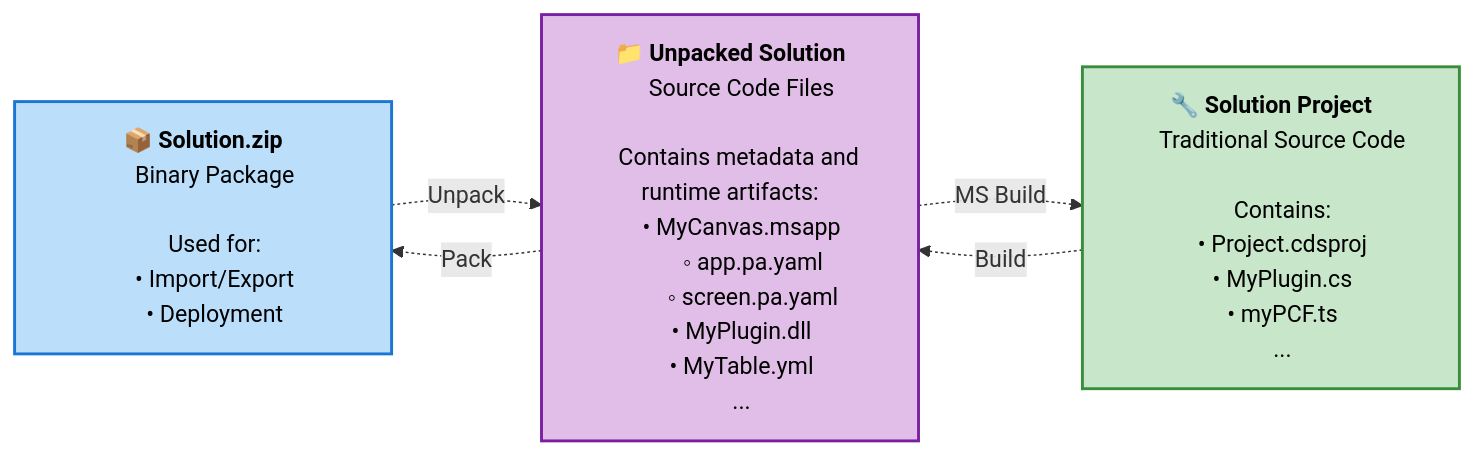
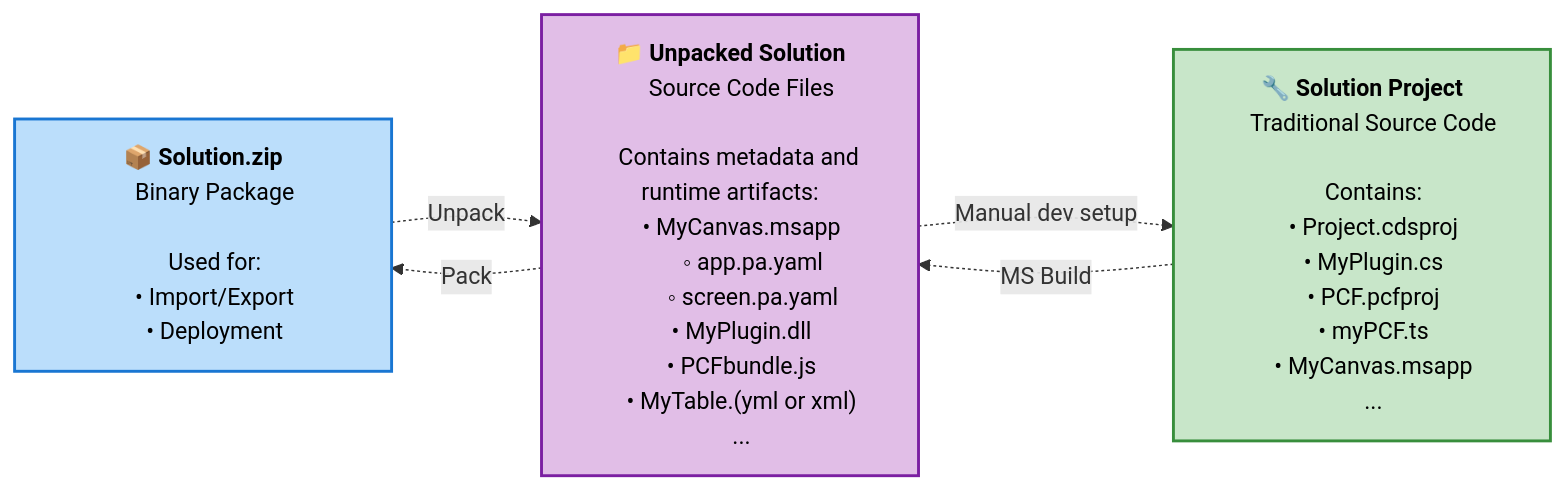
Before and after one commit to microsoft/PPCC25-ALM: the diagram in docs/labs/lab2/Readme.md, drawn with Mermaid. The commit also changed other lines of this file and 1 other file, not shown here.

````diff
--- a/docs/labs/lab2/Readme.md
+++ b/docs/labs/lab2/Readme.md
@@ -43,45 +43,48 @@
 ```mermaid
 flowchart LR
     A["`📦 **Solution.zip**
     
     Binary Package
     
     Used for:
     • Import/Export
     • Deployment`"]
     
     B["`📁 **Unpacked Solution**
     
     Source Code Files
     
     Contains metadata and runtime artifacts:
     • MyCanvas.msapp
         ◦ app.pa.yaml
         ◦ screen.pa.yaml
     • MyPlugin.dll
-    • MyTable.yml
+    • PCFbundle.js
+    • MyTable.(yml or xml)
     ...`"]
     
     C["`🔧 **Solution Project**
     
     Traditional Source Code
     
     Contains:
     • Project.cdsproj
     • MyPlugin.cs
+    • PCF.pcfproj
     • myPCF.ts
+    • MyCanvas.msapp
     ...`"]
     
     A -.->|Unpack| B
     B -.->|Pack| A
-    B -.->|MS Build| C
-    C -.->|Build| B
+    B -.->|Manual dev setup| C
+    C -.->|MS Build| B
     
     classDef packageStyle fill:#bbdefb,stroke:#1976d2,stroke-width:2px,color:#000
     classDef sourceStyle fill:#e1bee7,stroke:#7b1fa2,stroke-width:2px,color:#000
     classDef projectStyle fill:#c8e6c9,stroke:#388e3c,stroke-width:2px,color:#000
     
     class A packageStyle
     class B sourceStyle
     class C projectStyle
 ```
````
